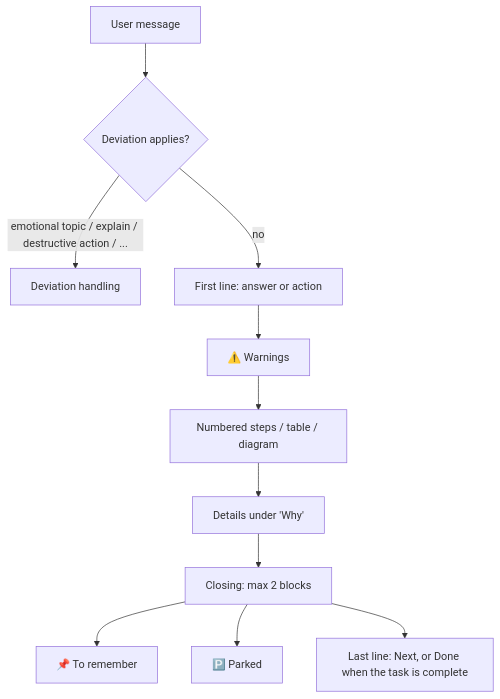
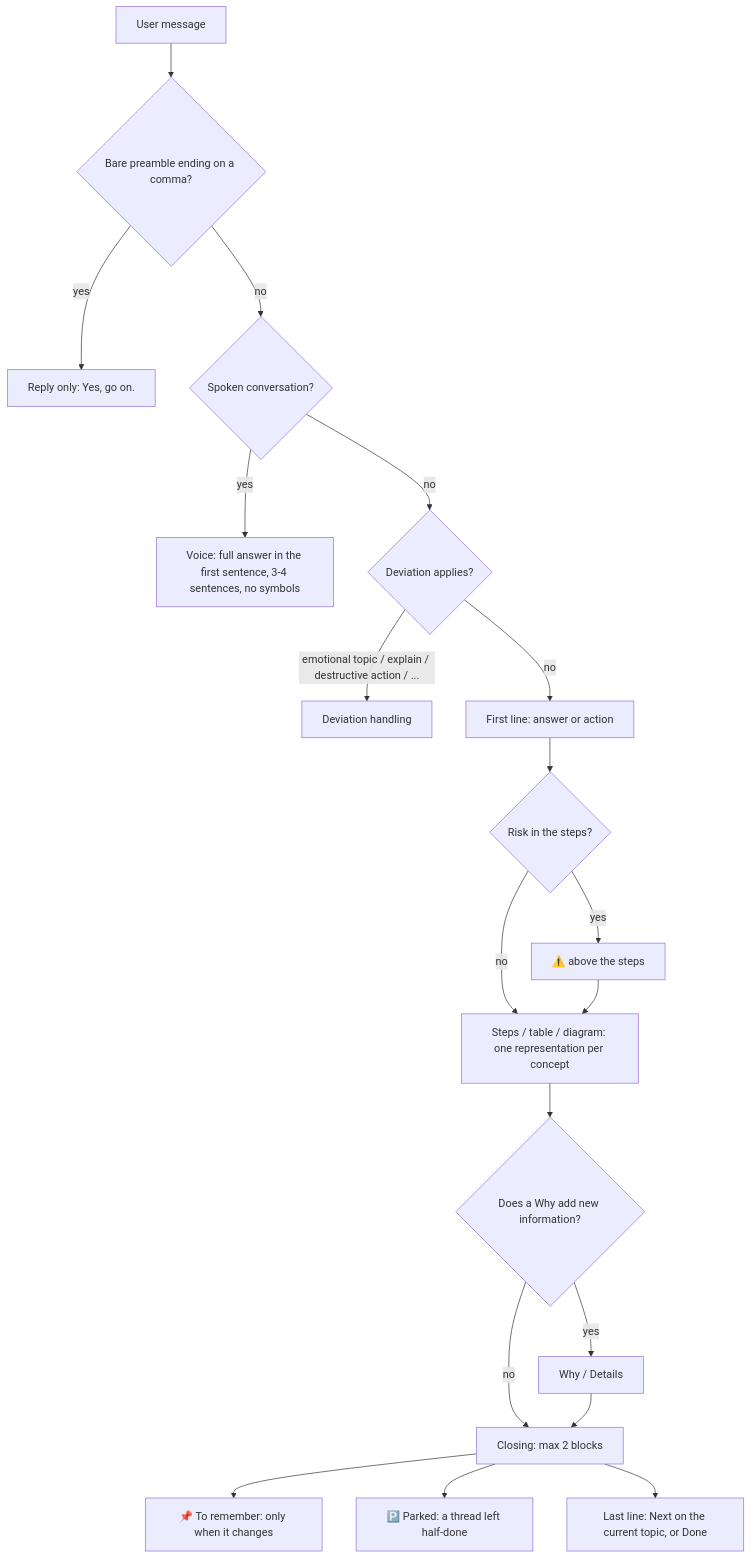
Before and after one commit to JohnnyTriggerDev/twice-exceptional-skill: the diagram in README.md, drawn with Mermaid. The commit also changed other lines of this file, not shown here.

Commit message:
README: update How it works to the current rules
The flowchart now shows the preamble check (rule 14), voice mode (F),
risk-only warnings (2), one representation and a Why only when it adds
information (3), and the closing rules (27, 7). The shape diagram marks
the optional blocks; one line covers the session-level rules.

Claude-Session: https://claude.ai/code/session_014hA3pyEv4h4ntXdaCfeZ3R

````diff
--- a/README.md
+++ b/README.md
@@ -65,13 +65,21 @@
 ```mermaid
 flowchart TD
-    A[User message] --> B{Deviation applies?}
+    A[User message] --> P{"Bare preamble ending on a comma?"}
+    P -- yes --> P1["Reply only: Yes, go on."]
+    P -- no --> V{"Spoken conversation?"}
+    V -- yes --> V1["Voice: full answer in the first sentence, 3-4 sentences, no symbols"]
+    V -- no --> B{"Deviation applies?"}
     B -- "emotional topic / explain / destructive action / ..." --> C[Deviation handling]
-    B -- no --> D[First line: answer or action]
-    D --> E[⚠️ Warnings]
-    E --> F[Numbered steps / table / diagram]
-    F --> G[Details under 'Why']
-    G --> H[Closing: max 2 blocks]
-    H --> I[📌 To remember]
-    H --> J[🅿️ Parked]
-    H --> K[Last line: Next, or Done when the task is complete]
+    B -- no --> D["First line: answer or action"]
+    D --> E{"Risk in the steps?"}
+    E -- yes --> E1["⚠️ above the steps"]
+    E -- no --> F
+    E1 --> F["Steps / table / diagram: one representation per concept"]
+    F --> G{"Does a Why add new information?"}
+    G -- yes --> G1["Why / Details"]
+    G -- no --> H
+    G1 --> H["Closing: max 2 blocks"]
+    H --> I["📌 To remember: only when it changes"]
+    H --> J["🅿️ Parked: a thread left half-done"]
+    H --> K["Last line: Next on the current topic, or Done"]
 ```
````
